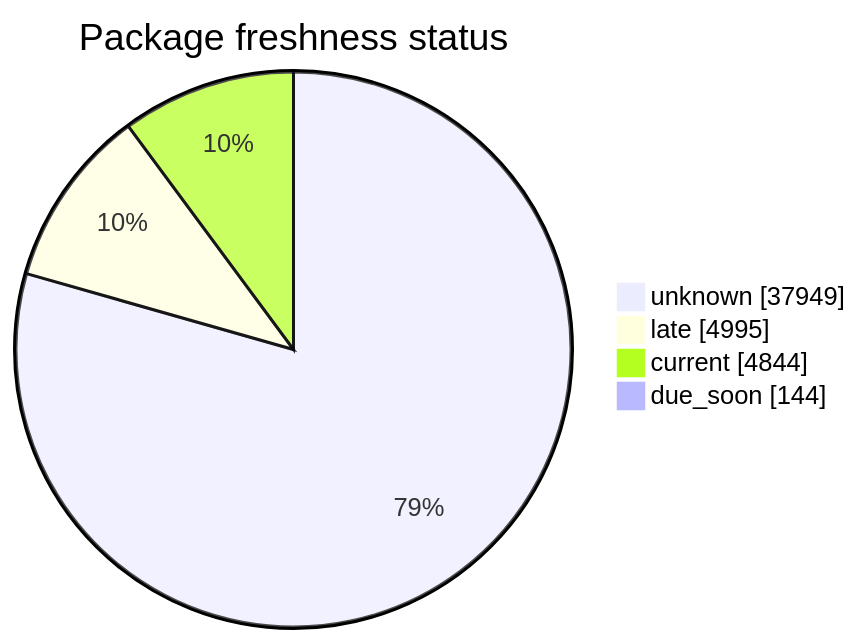
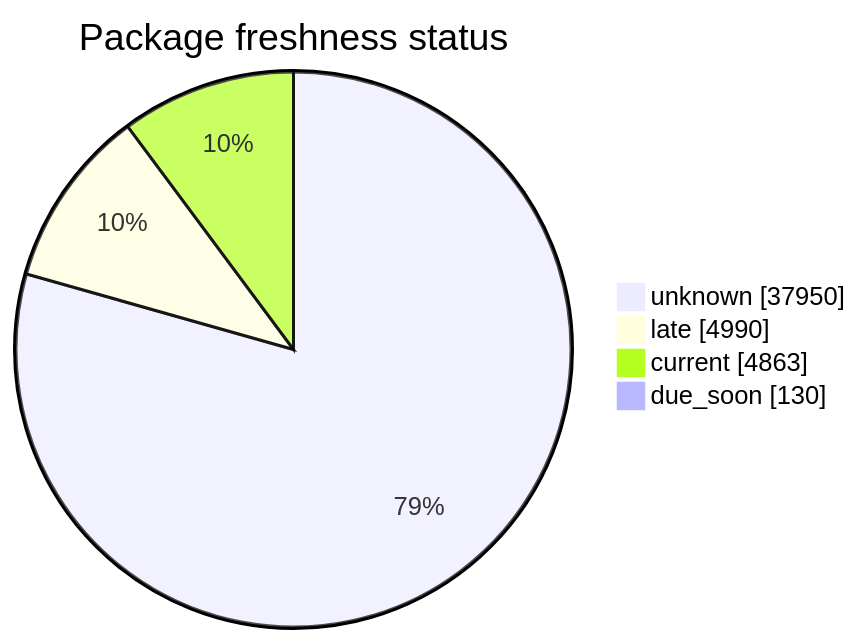
One commit to open-data/analytics-corporate-reporting changed the second of 5 diagrams in FreshCheck/README.md. Above: the diagram before and after it, drawn with Mermaid. The commit also changed other lines of this file and 3 other files, not shown here.

````diff
--- a/FreshCheck/README.md
+++ b/FreshCheck/README.md
@@ -68,7 +68,7 @@
 ```mermaid
 pie showData title Package freshness status
-    "unknown": 37949
-    "late": 4995
-    "current": 4844
-    "due_soon": 144
+    "unknown": 37950
+    "late": 4990
+    "current": 4863
+    "due_soon": 130
 ```
````
